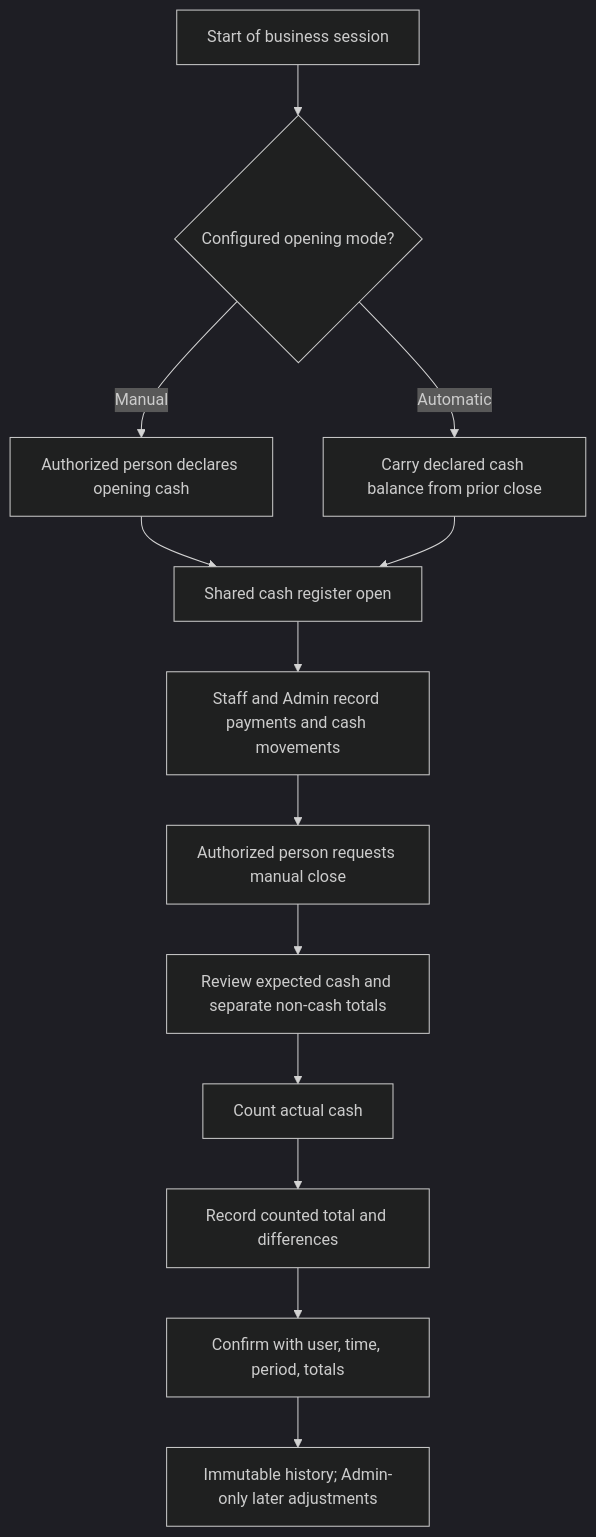
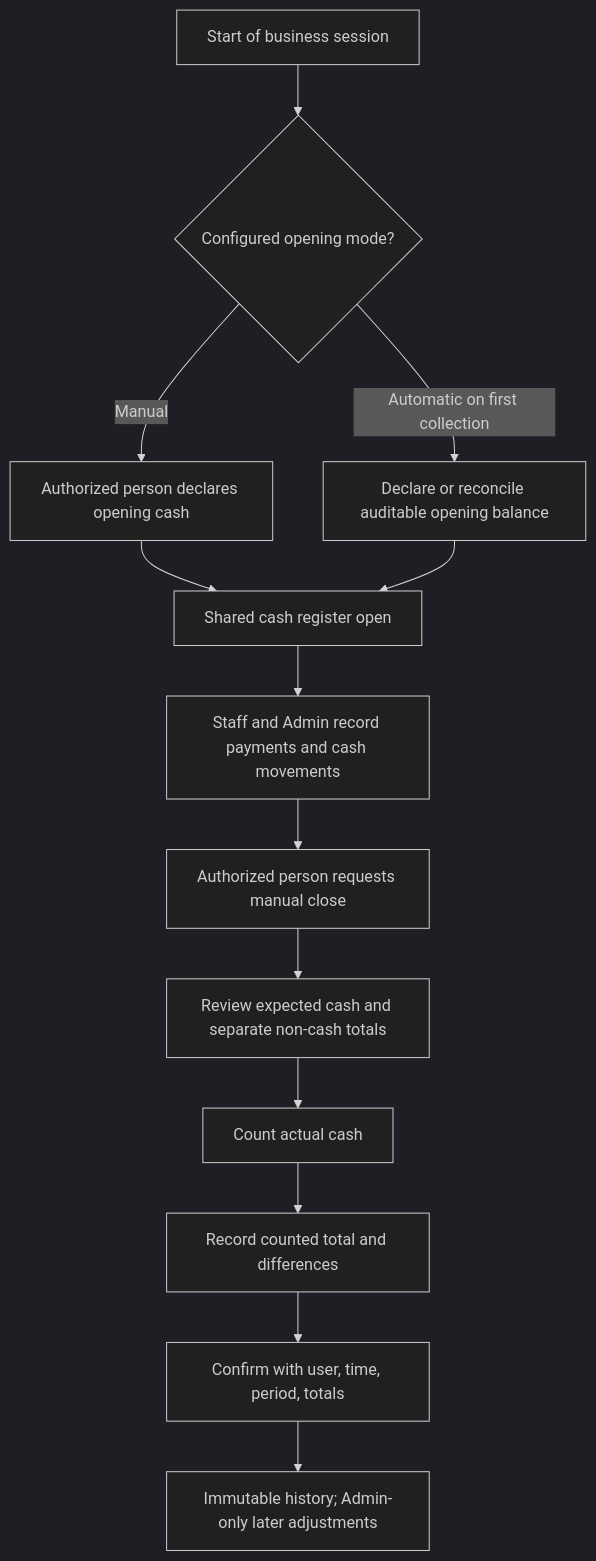
Before and after one commit to nanonoir/Agendoxa: the seventh of 8 diagrams in docs/product-specs/uc-01/flows.md, drawn with Mermaid (dark theme). The commit also changed other lines of this file and 13 other files, not shown here.

````diff
--- a/docs/product-specs/uc-01/flows.md
+++ b/docs/product-specs/uc-01/flows.md
@@ -386,15 +398,15 @@
 ```mermaid
 flowchart TD
     A[Start of business session] --> B{Configured opening mode?}
     B -->|Manual| C[Authorized person declares opening cash]
-    B -->|Automatic| D[Carry declared cash balance from prior close]
+    B -->|Automatic on first collection| D[Declare or reconcile auditable opening balance]
     C --> E[Shared cash register open]
     D --> E
     E --> F[Staff and Admin record payments and cash movements]
     F --> G[Authorized person requests manual close]
     G --> H[Review expected cash and separate non-cash totals]
     H --> I[Count actual cash]
     I --> J[Record counted total and differences]
     J --> K[Confirm with user, time, period, totals]
     K --> L[Immutable history; Admin-only later adjustments]
 ```
````
